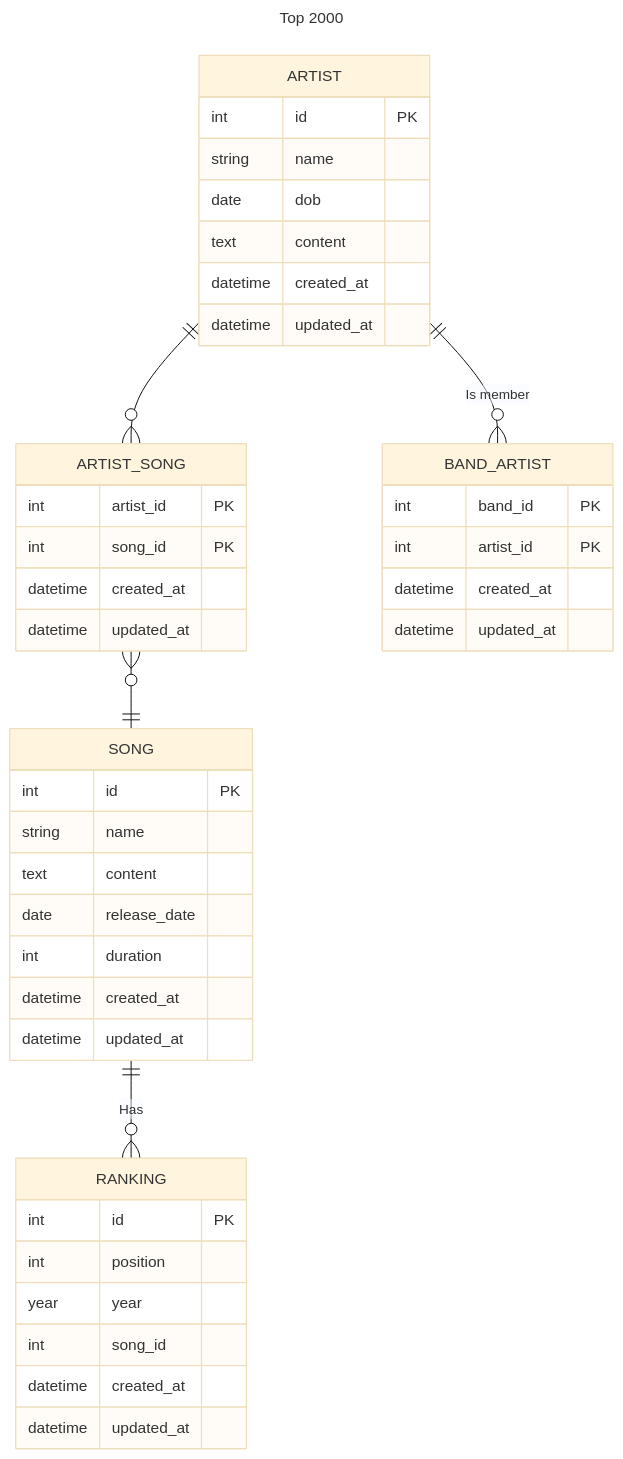
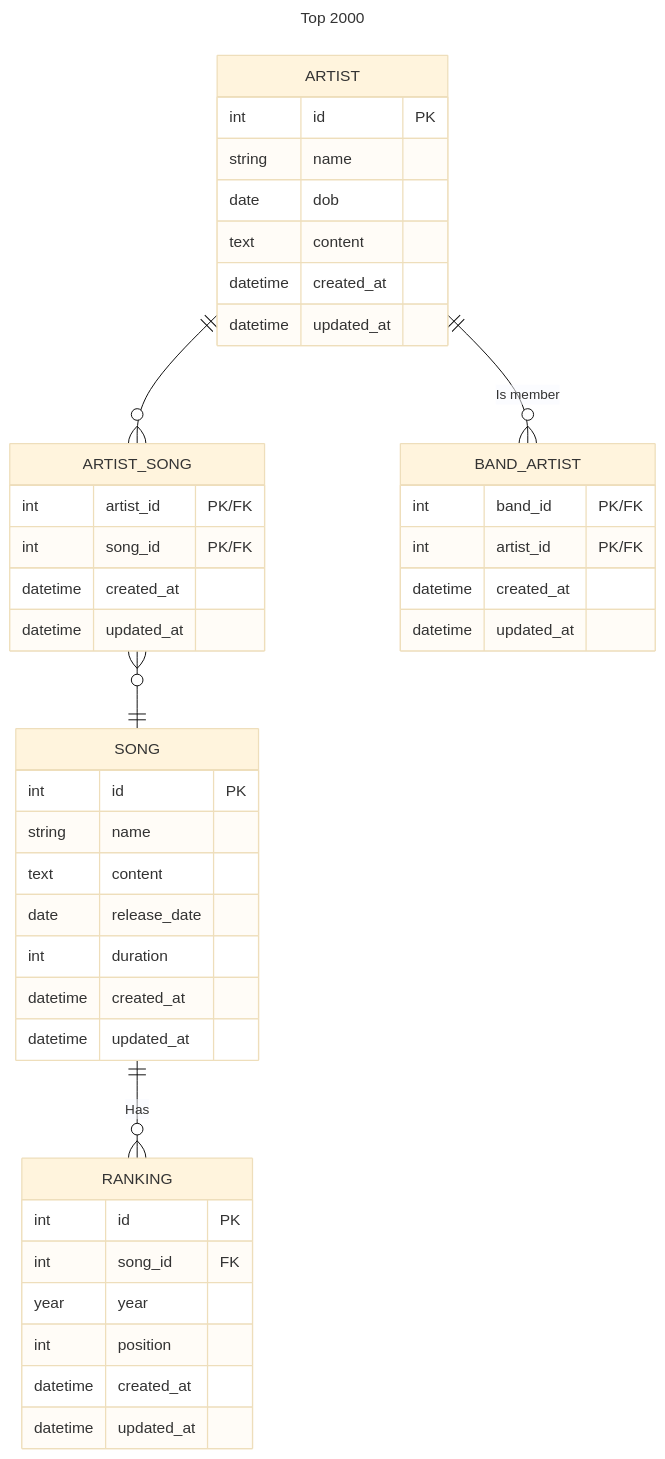
Before and after one commit to stevenemr/top2000: the diagram in docs/ERD.md, drawn with Mermaid (base theme). The commit also changed 4 other files, not shown here.

Commit message:
Add Ranking model. migration and factory. - Add FK to ERD - Change rows order in RANKING ERD

````diff
--- a/docs/ERD.md
+++ b/docs/ERD.md
@@ -3,53 +3,53 @@
 ```mermaid
 ---
 title: Top 2000
 ---
 erDiagram
     ARTIST ||--o{ ARTIST_SONG : ""
     ARTIST ||--o{ BAND_ARTIST : "Is member"
     ARTIST_SONG }o--|| SONG : ""
     SONG ||--o{ RANKING : "Has"
 
     ARTIST {
         int id PK
         string name
         date dob
         text content
         datetime created_at
         datetime updated_at
     }
 
     %% If the artist is a band, the members can be added here
     BAND_ARTIST {
-        int band_id PK
-        int artist_id PK
+        int band_id "PK/FK"
+        int artist_id "PK/FK"
         datetime created_at
         datetime updated_at
     }
 
     ARTIST_SONG {
-        int artist_id PK
-        int song_id PK
+        int artist_id "PK/FK"
+        int song_id "PK/FK"
         datetime created_at
         datetime updated_at
     }
 
     SONG {
         int id PK
         string name
         text content
         date release_date
         int duration
         datetime created_at
         datetime updated_at
     }
 
     RANKING {
         int id PK
+        int song_id FK
+        year year
         int position
-        year year
-        int song_id
         datetime created_at
         datetime updated_at
     }
 ```
````
